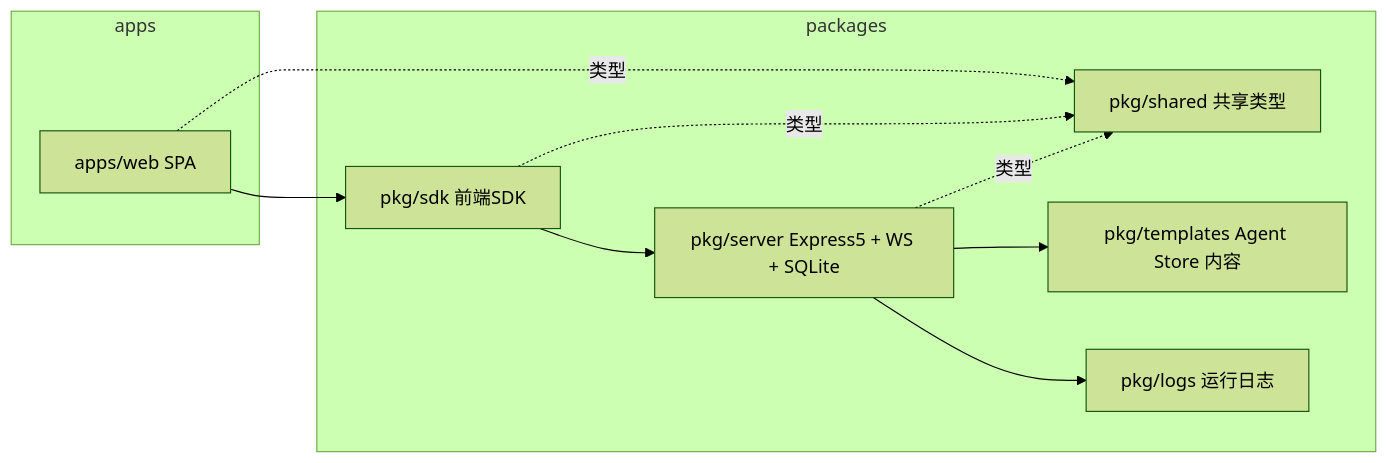
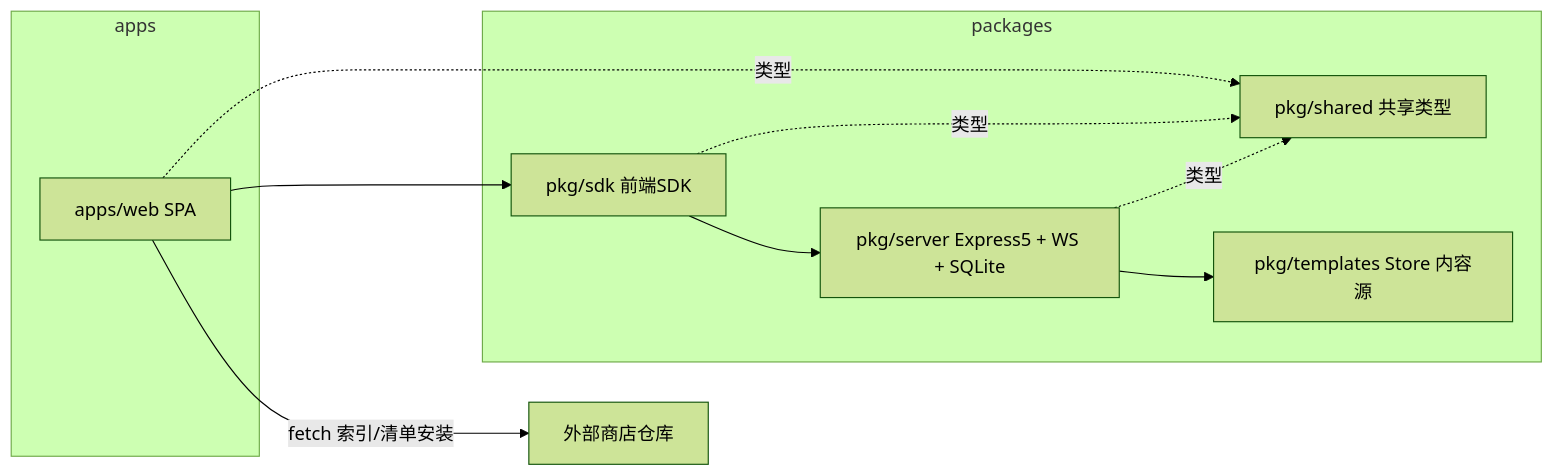
One commit to hunmer/flow_spaces changed the diagram in claude/overview.md. Above: the diagram before and after it, drawn with Mermaid (forest theme). The commit also changed other lines of this file and 27 other files, not shown here.

````diff
--- a/claude/overview.md
+++ b/claude/overview.md
@@ -17,19 +17,18 @@
 ```mermaid
 graph LR
   subgraph apps
     WEB[apps/web SPA]
   end
   subgraph packages
     SDK[pkg/sdk 前端SDK]
     SHARED[pkg/shared 共享类型]
     SERVER[pkg/server Express5 + WS + SQLite]
-    TPL[pkg/templates Agent Store 内容]
-    LOGS[pkg/logs 运行日志]
+    TPL[pkg/templates Store 内容源]
   end
   WEB --> SDK --> SERVER
   WEB -.类型.-> SHARED
   SDK -.类型.-> SHARED
   SERVER -.类型.-> SHARED
   SERVER --> TPL
-  SERVER --> LOGS
+  WEB --fetch 索引/清单安装--> STORES[外部商店仓库]
 ```
````
